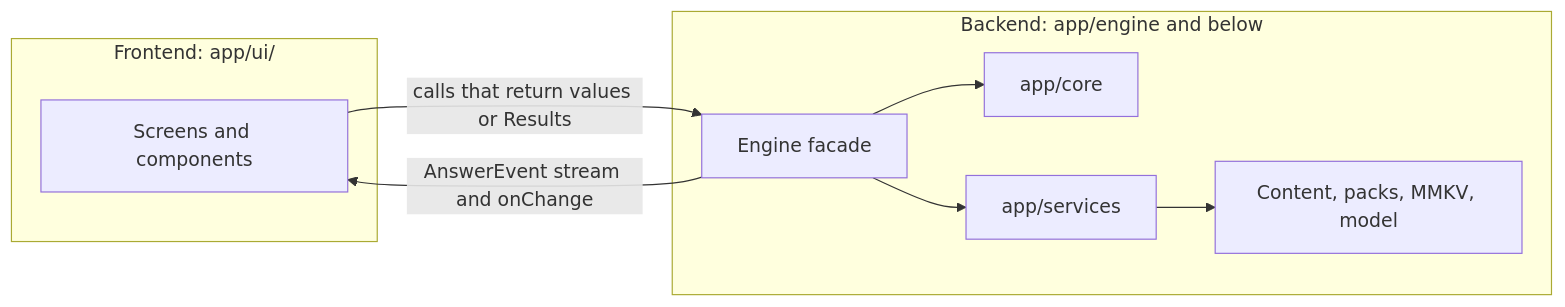
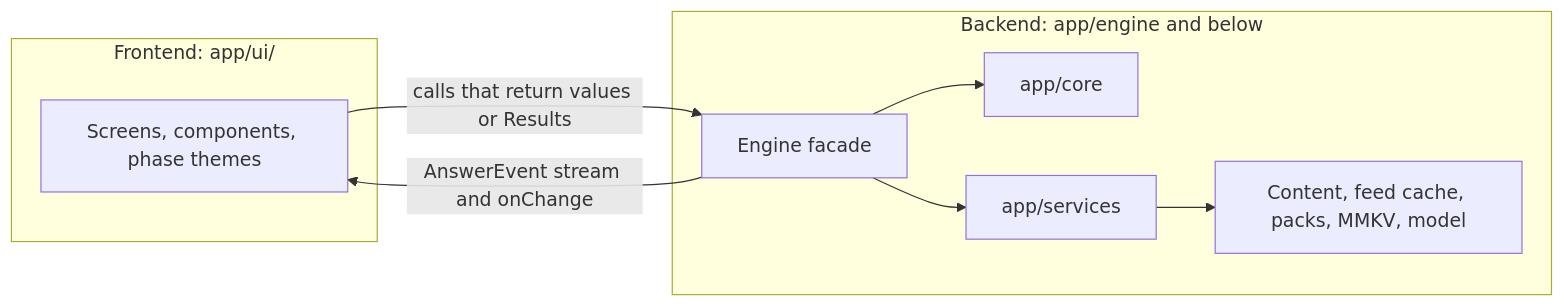
Before and after one commit to Jimuelle07/Sipat: the diagram in docs/api-layer.md, drawn with Mermaid. The commit also changed other lines of this file and 32 other files, not shown here.

````diff
--- a/docs/api-layer.md
+++ b/docs/api-layer.md
@@ -77,17 +94,17 @@
 ```mermaid
 flowchart LR
   subgraph FE["Frontend: app/ui/"]
-    SCR["Screens and components"]
+    SCR["Screens, components, phase themes"]
   end
   subgraph BE["Backend: app/engine and below"]
     ENG["Engine facade"]
     CORE["app/core"]
     SVC["app/services"]
-    DATA["Content, packs, MMKV, model"]
+    DATA["Content, feed cache, packs, MMKV, model"]
   end
   SCR -->|calls that return values or Results| ENG
   ENG -->|AnswerEvent stream and onChange| SCR
   ENG --> CORE
   ENG --> SVC
   SVC --> DATA
 ```
````
